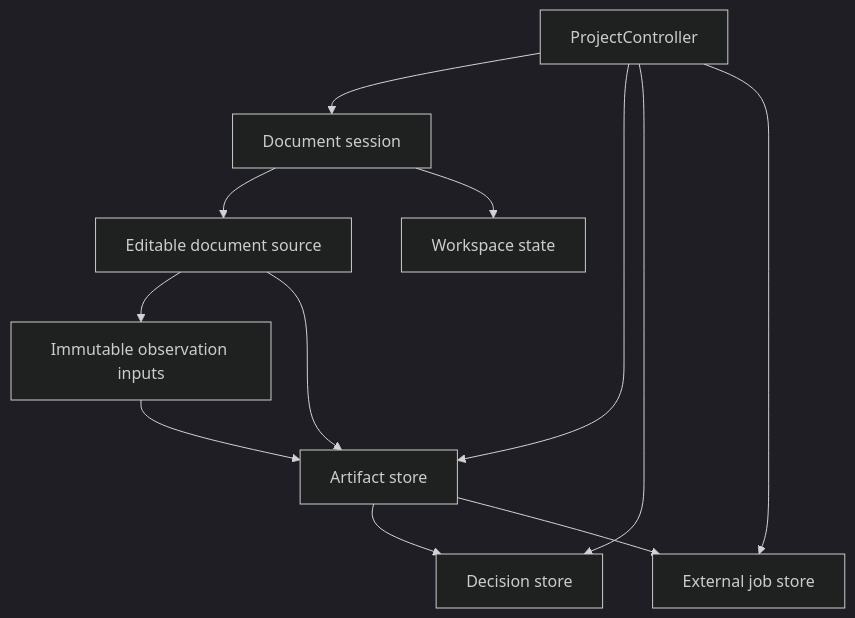
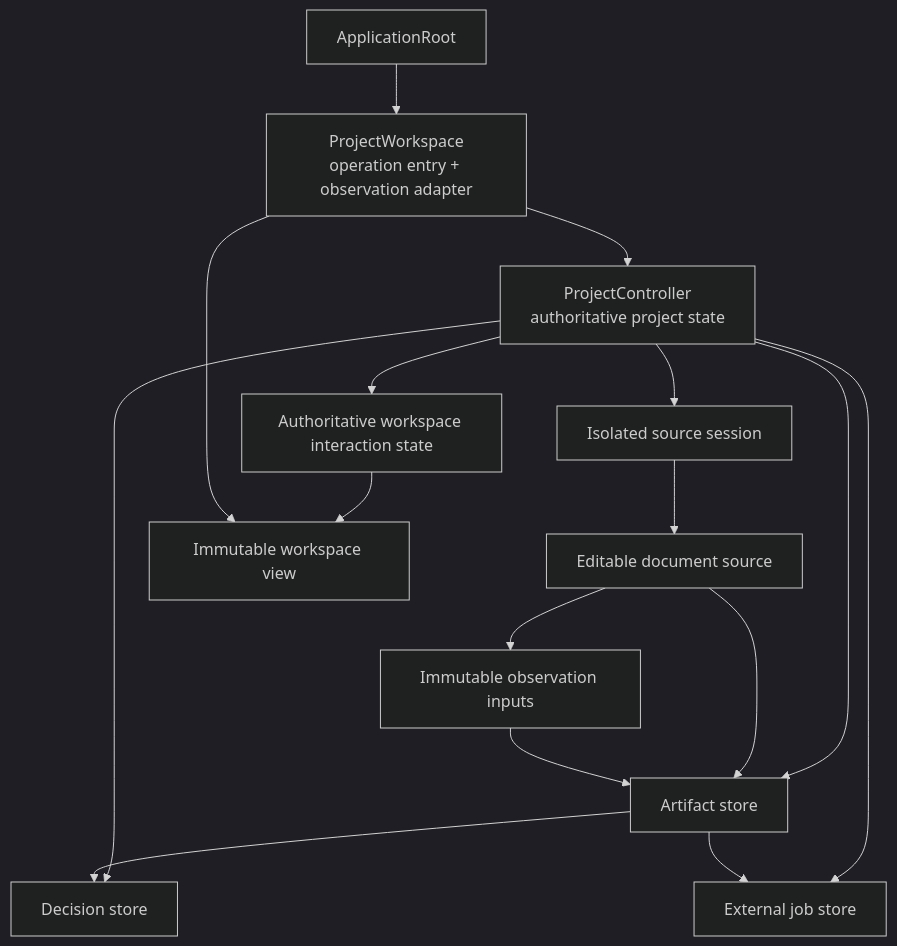
Before and after one commit to 1amageek/Rupa: the first of 3 diagrams in Rupa/STATE_AND_PROJECT_CONTRACT.md, drawn with Mermaid (dark theme). The commit also changed other lines of this file and 5 other files, not shown here.

````diff
--- a/Rupa/STATE_AND_PROJECT_CONTRACT.md
+++ b/Rupa/STATE_AND_PROJECT_CONTRACT.md
@@ -16,15 +16,19 @@
 ```mermaid
 flowchart TD
-    Project["ProjectController"] --> Session["Document session"]
+    App["ApplicationRoot"] --> Workspace["ProjectWorkspace<br/>operation entry + observation adapter"]
+    Workspace --> Project["ProjectController<br/>authoritative project state"]
+    Project --> Session["Isolated source session"]
+    Project --> Interaction["Authoritative workspace interaction state"]
     Project --> Artifacts["Artifact store"]
     Project --> Decisions["Decision store"]
     Project --> Jobs["External job store"]
 
     Session --> Source["Editable document source"]
     Source --> Inputs["Immutable observation inputs"]
-    Session --> Workspace["Workspace state"]
+    Interaction --> WorkspaceView["Immutable workspace view"]
+    Workspace --> WorkspaceView
     Source --> Artifacts
     Inputs --> Artifacts
     Artifacts --> Decisions
     Artifacts --> Jobs
 ```
````
